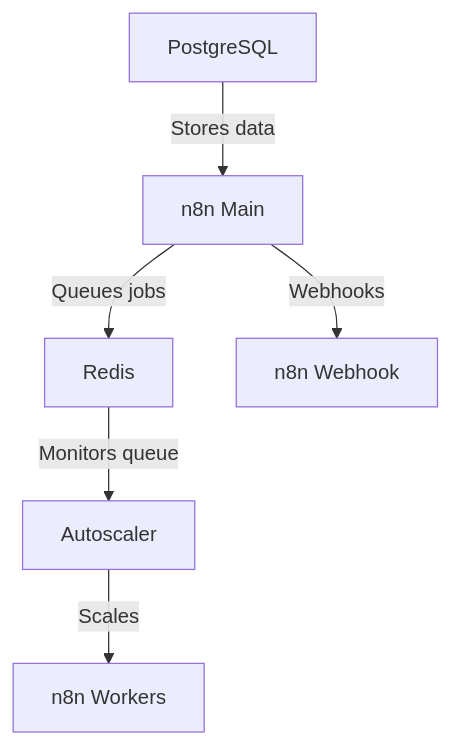
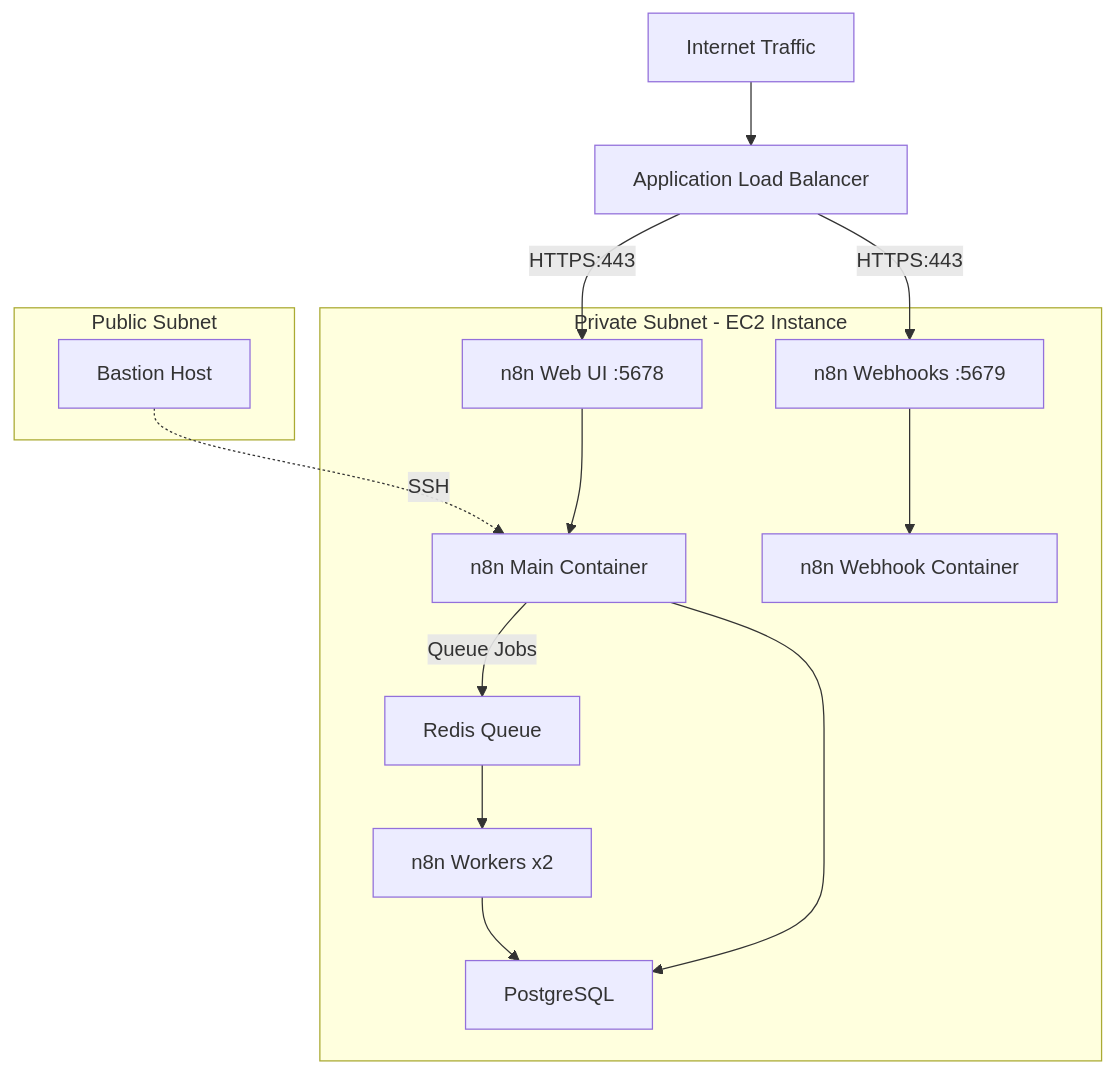
One commit to matanweisz/n8n changed the diagram in README.md. Above: the diagram before and after it, drawn with Mermaid. The commit also changed other lines of this file and 5 other files, not shown here.

````diff
--- a/README.md
+++ b/README.md
@@ -19,8 +7,21 @@
 ```mermaid
 graph TD
-    A[n8n Main] -->|Queues jobs| B[Redis]
-    B -->|Monitors queue| C[Autoscaler]
-    C -->|Scales| D[n8n Workers]
-    F[PostgreSQL] -->|Stores data| A
-    A -->|Webhooks| G[n8n Webhook]
+    Internet[Internet Traffic] --> ALB[Application Load Balancer]
+    ALB --> |HTTPS:443| N8N_WEB[n8n Web UI :5678]
+    ALB --> |HTTPS:443| N8N_API[n8n Webhooks :5679]
+    
+    subgraph "Private Subnet - EC2 Instance"
+        N8N_WEB --> N8N_MAIN[n8n Main Container]
+        N8N_API --> N8N_WEBHOOK[n8n Webhook Container]
+        N8N_MAIN --> |Queue Jobs| REDIS[Redis Queue]
+        REDIS --> N8N_WORKERS[n8n Workers x2]
+        N8N_MAIN --> POSTGRES[PostgreSQL]
+        N8N_WORKERS --> POSTGRES
+    end
+    
+    subgraph "Public Subnet"
+        BASTION[Bastion Host]
+    end
+    
+    BASTION -.-> |SSH| N8N_MAIN
 ```
````
